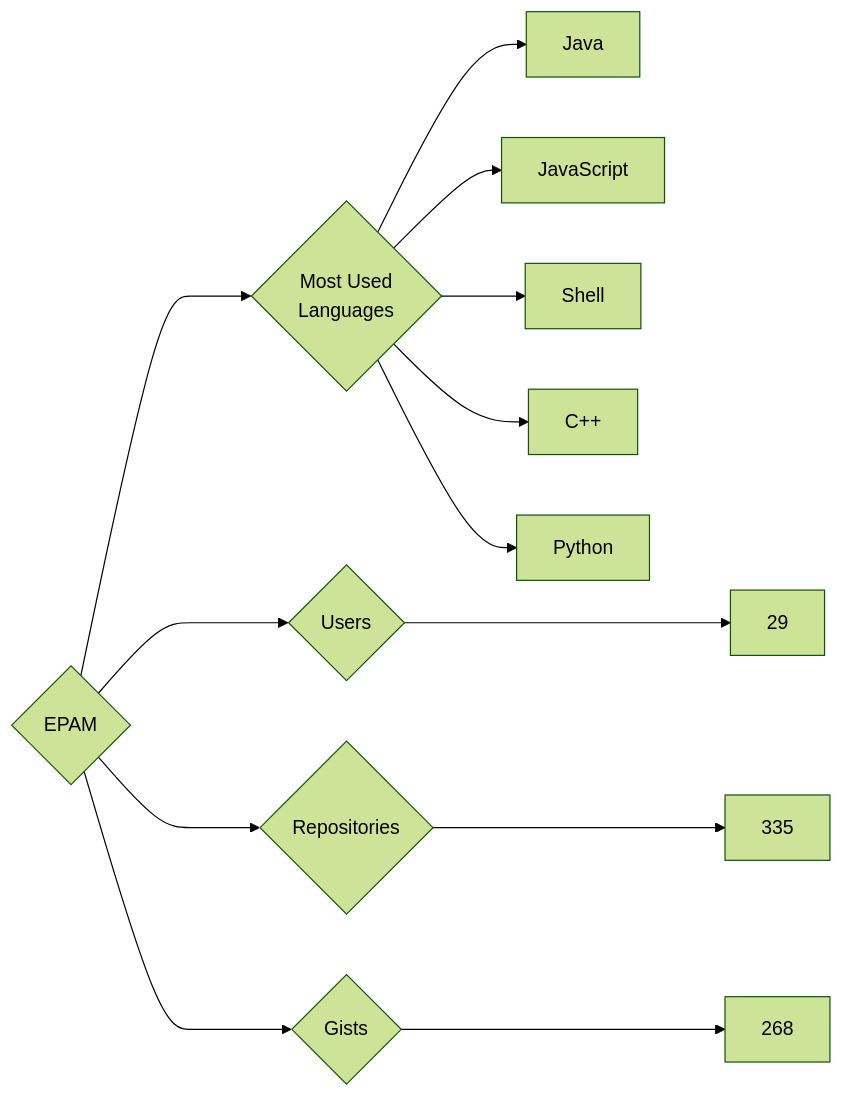
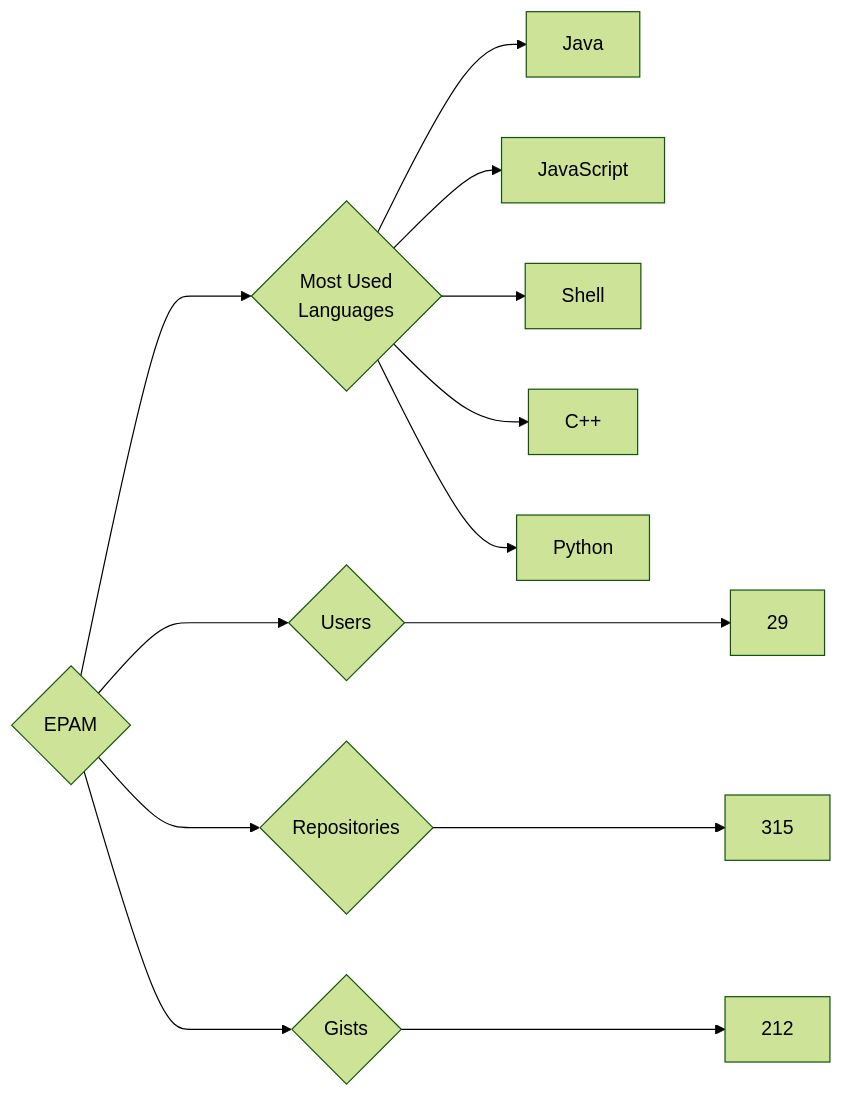
The diagram in targets/EPAM/README.md (trickest/insiders), drawn with Mermaid (forest theme) before and after one commit. The commit also changed 1030 other files, not shown here.

````diff
--- a/targets/EPAM/README.md
+++ b/targets/EPAM/README.md
@@ -3,13 +3,13 @@
 ```mermaid
 graph LR
 COMPANY_NAME{EPAM}
 COMPANY_NAME ---> U{Users} ---> UN[29]
-COMPANY_NAME ---> R{Repositories} ---> RN[335]
-COMPANY_NAME ---> G{Gists} ---> GN[268]
+COMPANY_NAME ---> R{Repositories} ---> RN[315]
+COMPANY_NAME ---> G{Gists} ---> GN[212]
 COMPANY_NAME ---> ML{Most Used<br>Languages}
 ML --> Java[Java]
 ML --> JavaScript[JavaScript]
 ML --> Shell[Shell]
 ML --> C++[C++]
 ML --> Python[Python]
 ```
````
